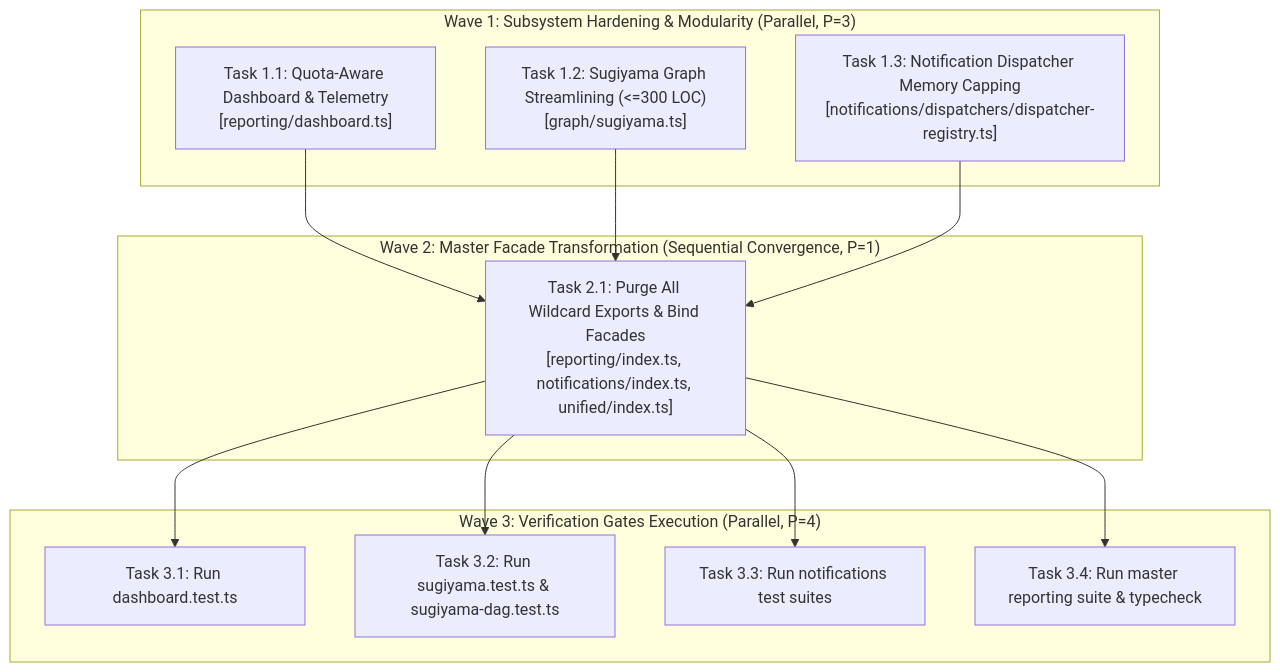
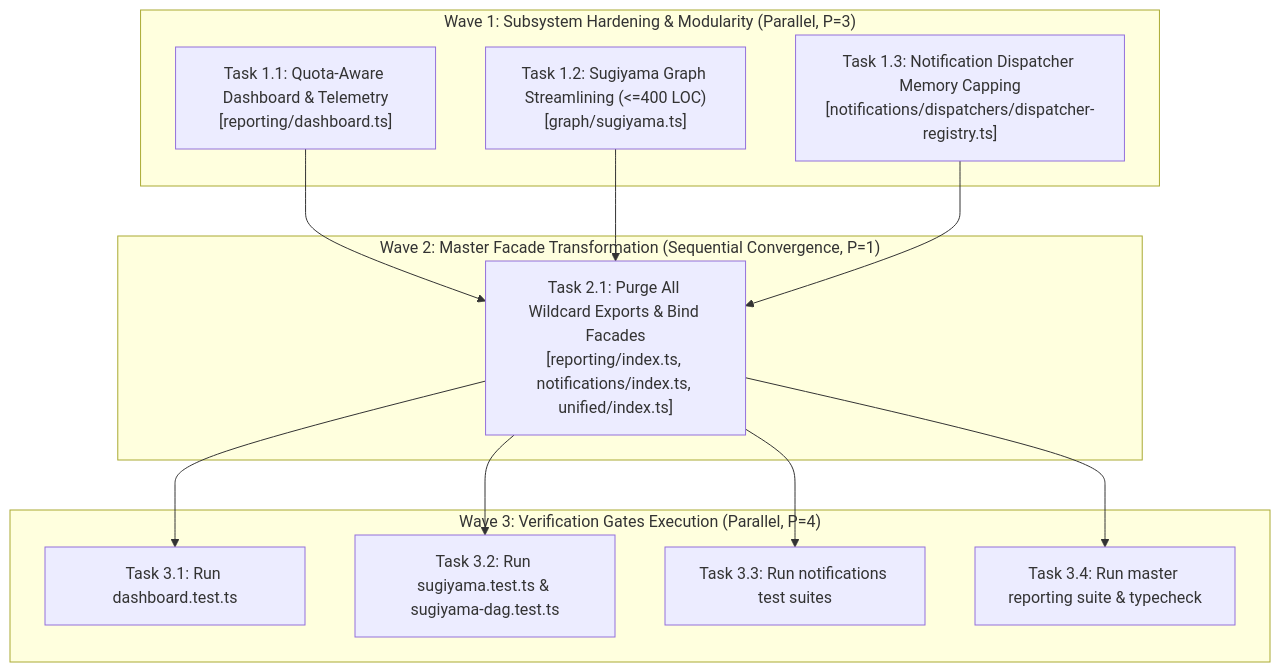
Before and after one commit to onurseckin/skills: the second of 3 diagrams in docs/archive/completed-plans/unified-master-dashboard-and-sugiyama-dag/PLAN.md, drawn with Mermaid. The commit also changed other lines of this file and 912 other files, not shown here.

````diff
--- a/docs/archive/completed-plans/unified-master-dashboard-and-sugiyama-dag/PLAN.md
+++ b/docs/archive/completed-plans/unified-master-dashboard-and-sugiyama-dag/PLAN.md
@@ -122,27 +122,27 @@
 ```mermaid
 graph TD
     subgraph "Wave 1: Subsystem Hardening & Modularity (Parallel, P=3)"
         W1_T1["Task 1.1: Quota-Aware Dashboard & Telemetry<br/>[reporting/dashboard.ts]"]
-        W1_T2["Task 1.2: Sugiyama Graph Streamlining (<=300 LOC)<br/>[graph/sugiyama.ts]"]
+        W1_T2["Task 1.2: Sugiyama Graph Streamlining (<=400 LOC)<br/>[graph/sugiyama.ts]"]
         W1_T3["Task 1.3: Notification Dispatcher Memory Capping<br/>[notifications/dispatchers/dispatcher-registry.ts]"]
     end
 
     subgraph "Wave 2: Master Facade Transformation (Sequential Convergence, P=1)"
         W2_T4["Task 2.1: Purge All Wildcard Exports & Bind Facades<br/>[reporting/index.ts, notifications/index.ts, unified/index.ts]"]
     end
 
     subgraph "Wave 3: Verification Gates Execution (Parallel, P=4)"
         W3_T5["Task 3.1: Run dashboard.test.ts"]
         W3_T6["Task 3.2: Run sugiyama.test.ts & sugiyama-dag.test.ts"]
         W3_T7["Task 3.3: Run notifications test suites"]
         W3_T8["Task 3.4: Run master reporting suite & typecheck"]
     end
 
     W1_T1 --> W2_T4
     W1_T2 --> W2_T4
     W1_T3 --> W2_T4
     W2_T4 --> W3_T5
     W2_T4 --> W3_T6
     W2_T4 --> W3_T7
     W2_T4 --> W3_T8
 ```
````
